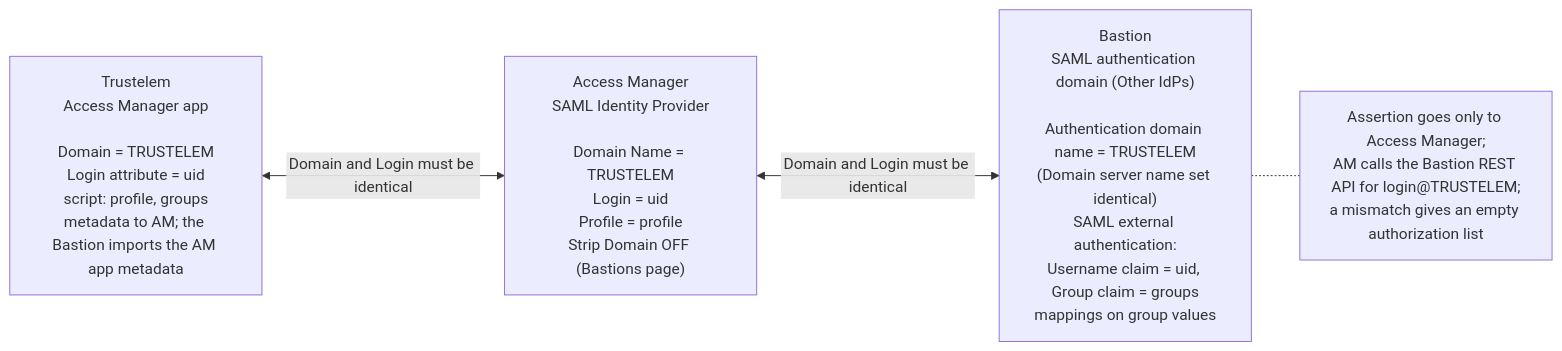
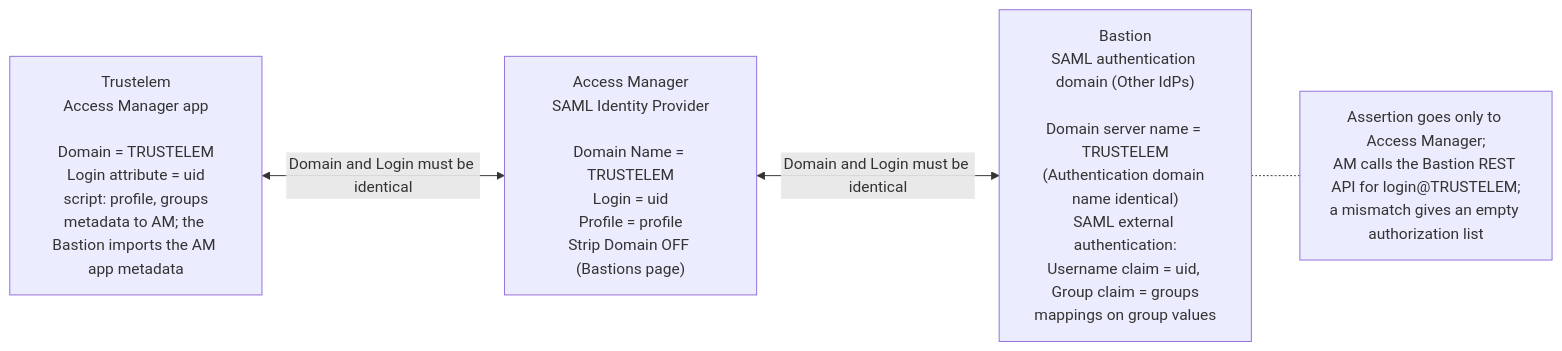
Before and after one commit to morandeirachema/Trustelem-: the diagram in docs/reference/saml-assertion-and-naming.md, drawn with Mermaid. The commit also changed other lines of this file and 20 other files, not shown here.

Commit message:
Audit pass 4: domain-name rule follows the product guides; Trustelem and Access Manager claims re-sourced

````diff
--- a/docs/reference/saml-assertion-and-naming.md
+++ b/docs/reference/saml-assertion-and-naming.md
@@ -14,10 +14,10 @@
 ```mermaid
 flowchart LR
     T["Trustelem<br/>Access Manager app<br/><br/>Domain = TRUSTELEM<br/>Login attribute = uid<br/>script: profile, groups<br/>metadata to AM; the Bastion imports the AM app metadata"]
     AM["Access Manager<br/>SAML Identity Provider<br/><br/>Domain Name = TRUSTELEM<br/>Login = uid<br/>Profile = profile<br/>Strip Domain OFF (Bastions page)"]
-    B["Bastion<br/>SAML authentication domain (Other IdPs)<br/><br/>Authentication domain name = TRUSTELEM<br/>(Domain server name set identical)<br/>SAML external authentication:<br/>Username claim = uid, Group claim = groups<br/>mappings on group values"]
+    B["Bastion<br/>SAML authentication domain (Other IdPs)<br/><br/>Domain server name = TRUSTELEM<br/>(Authentication domain name identical)<br/>SAML external authentication:<br/>Username claim = uid, Group claim = groups<br/>mappings on group values"]
     T <-->|Domain and Login must be identical| AM
     AM <-->|Domain and Login must be identical| B
     NOTE["Assertion goes only to Access Manager;<br/>AM calls the Bastion REST API for login@TRUSTELEM;<br/>a mismatch gives an empty authorization list"]
     B -.- NOTE
 ```
````
